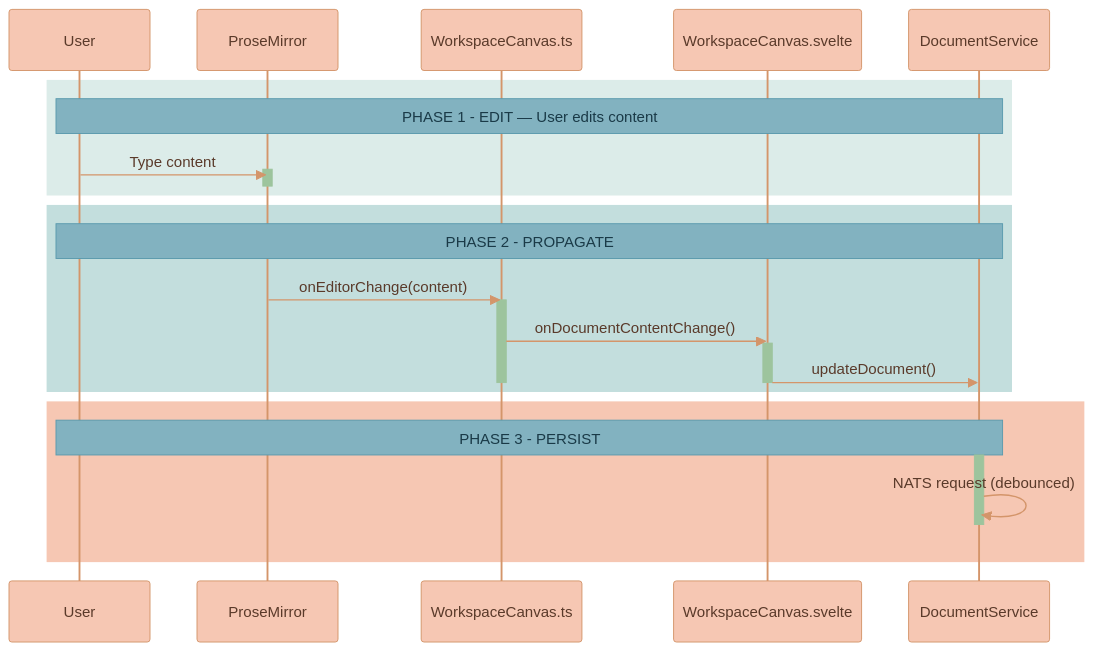
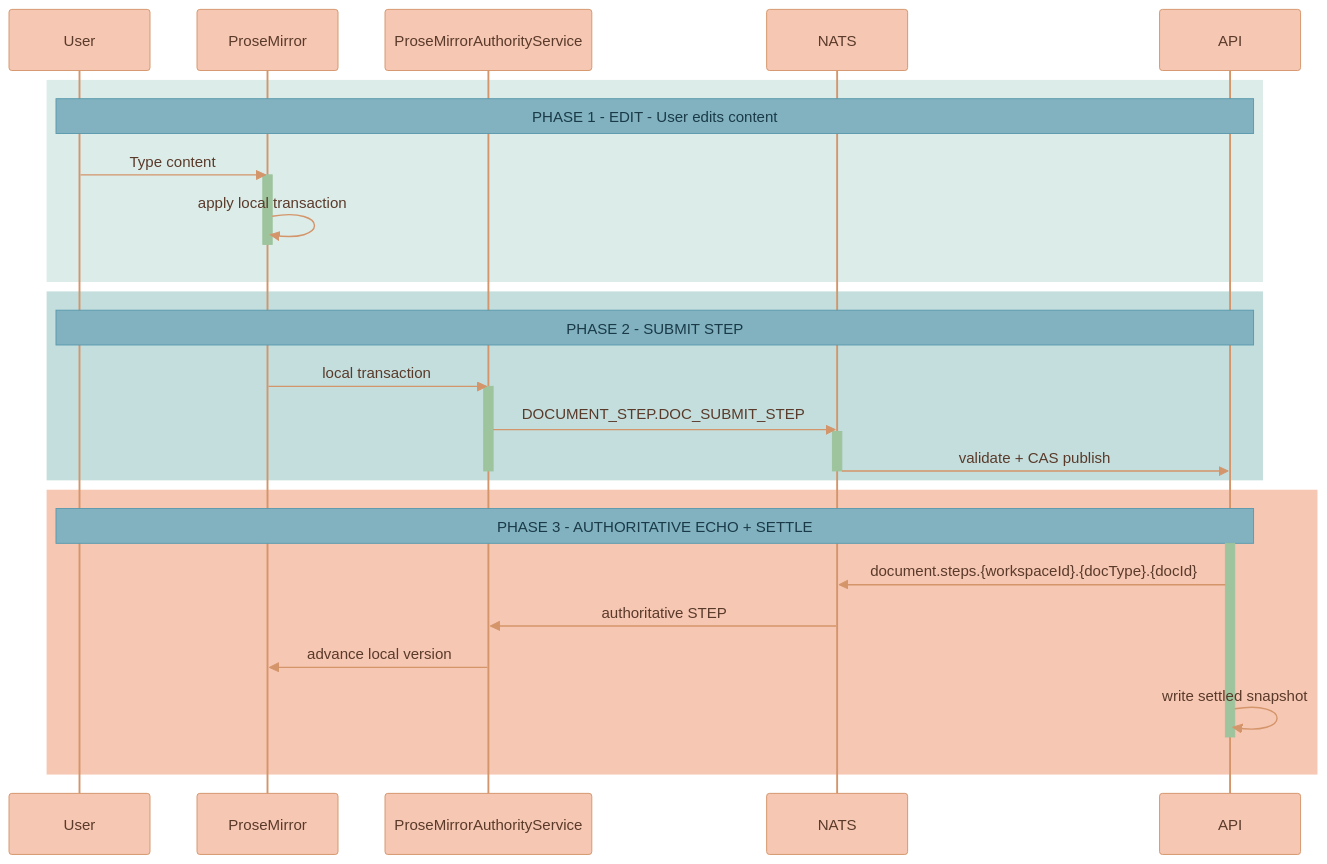
The fifth of 6 diagrams in documentation/canvas/USER-FLOWS.md (Lixpi/lixpi), drawn with Mermaid before and after one commit. The commit also changed other lines of this file and 61 other files, not shown here.

````diff
--- a/documentation/canvas/USER-FLOWS.md
+++ b/documentation/canvas/USER-FLOWS.md
@@ -237,42 +237,46 @@
 ```mermaid
 %%{init: {'theme': 'base', 'themeVariables': { 'noteBkgColor': '#82B2C0', 'noteTextColor': '#1a3a47', 'noteBorderColor': '#5a9aad', 'actorBkg': '#F6C7B3', 'actorBorder': '#d4956a', 'actorTextColor': '#5a3a2a', 'actorLineColor': '#d4956a', 'signalColor': '#d4956a', 'signalTextColor': '#5a3a2a', 'labelBoxBkgColor': '#F6C7B3', 'labelBoxBorderColor': '#d4956a', 'labelTextColor': '#5a3a2a', 'loopTextColor': '#5a3a2a', 'activationBorderColor': '#9DC49D', 'activationBkgColor': '#9DC49D', 'sequenceNumberColor': '#5a3a2a'}}}%%
 sequenceDiagram
     participant User
     participant ProseMirror
-    participant Canvas as WorkspaceCanvas.ts
-    participant Svelte as WorkspaceCanvas.svelte
-    participant DSvc as DocumentService
+    participant Auth as ProseMirrorAuthorityService
+    participant NATS
+    participant API
     %% ═══════════════════════════════════════════════════════════════
     %% PHASE 1: EDIT
     %% ═══════════════════════════════════════════════════════════════
     rect rgb(220, 236, 233)
-        Note over User, DSvc: PHASE 1 - EDIT — User edits content
+        Note over User, API: PHASE 1 - EDIT - User edits content
         User->>ProseMirror: Type content
         activate ProseMirror
+        ProseMirror->>ProseMirror: apply local transaction
         deactivate ProseMirror
     end
 
     %% ═══════════════════════════════════════════════════════════════
     %% PHASE 2: PROPAGATE
     %% ═══════════════════════════════════════════════════════════════
     rect rgb(195, 222, 221)
-        Note over User, DSvc: PHASE 2 - PROPAGATE
-        ProseMirror->>Canvas: onEditorChange(content)
-        activate Canvas
-        Canvas->>Svelte: onDocumentContentChange()
-        activate Svelte
-        Svelte->>DSvc: updateDocument()
-        deactivate Svelte
-        deactivate Canvas
+        Note over User, API: PHASE 2 - SUBMIT STEP
+        ProseMirror->>Auth: local transaction
+        activate Auth
+        Auth->>NATS: DOCUMENT_STEP.DOC_SUBMIT_STEP
+        activate NATS
+        NATS->>API: validate + CAS publish
+        deactivate NATS
+        deactivate Auth
     end
 
     %% ═══════════════════════════════════════════════════════════════
-    %% PHASE 3: PERSIST
+    %% PHASE 3: AUTHORITATIVE ECHO + SETTLE
     %% ═══════════════════════════════════════════════════════════════
     rect rgb(246, 199, 179)
-        Note over User, DSvc: PHASE 3 - PERSIST
-        activate DSvc
-        DSvc->>DSvc: NATS request (debounced)
-        deactivate DSvc
+        Note over User, API: PHASE 3 - AUTHORITATIVE ECHO + SETTLE
+        activate API
+        API->>NATS: document.steps.{workspaceId}.{docType}.{docId}
+        NATS->>Auth: authoritative STEP
+        Auth->>ProseMirror: advance local version
+        API->>API: write settled snapshot
+        deactivate API
     end
 ```
````
